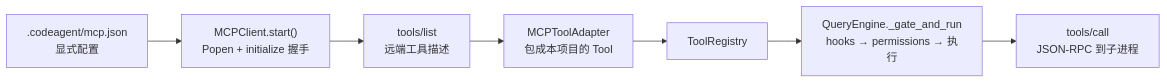
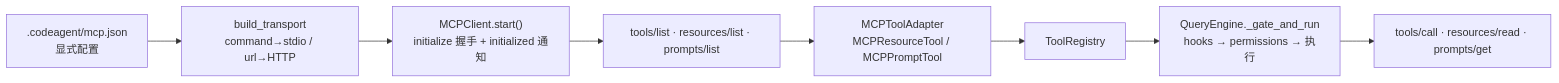
Before and after one commit to Goat-Donk/mini-coding: the seventh of 9 diagrams in docs/architecture.md, drawn with Mermaid. The commit also changed other lines of this file and 14 other files, not shown here.

First line of the commit message:
feat(mcp): Transport 抽象 + Streamable HTTP 传输 + resources/prompts（M9-4）

````diff
--- a/docs/architecture.md
+++ b/docs/architecture.md
@@ -446,9 +446,10 @@
 ```mermaid
 flowchart LR
-    A[".codeagent/mcp.json<br/>显式配置"] --> B["MCPClient.start()<br/>Popen + initialize 握手"]
-    B --> C["tools/list<br/>远端工具描述"]
-    C --> D["MCPToolAdapter<br/>包成本项目的 Tool"]
-    D --> E["ToolRegistry"]
-    E --> F["QueryEngine._gate_and_run<br/>hooks → permissions → 执行"]
-    F --> G["tools/call<br/>JSON-RPC 到子进程"]
+    A[".codeagent/mcp.json<br/>显式配置"] --> B["build_transport<br/>command→stdio / url→HTTP"]
+    B --> C["MCPClient.start()<br/>initialize 握手 + initialized 通知"]
+    C --> D["tools/list · resources/list · prompts/list"]
+    D --> E["MCPToolAdapter<br/>MCPResourceTool / MCPPromptTool"]
+    E --> F["ToolRegistry"]
+    F --> G["QueryEngine._gate_and_run<br/>hooks → permissions → 执行"]
+    G --> H["tools/call · resources/read · prompts/get"]
 ```
````
